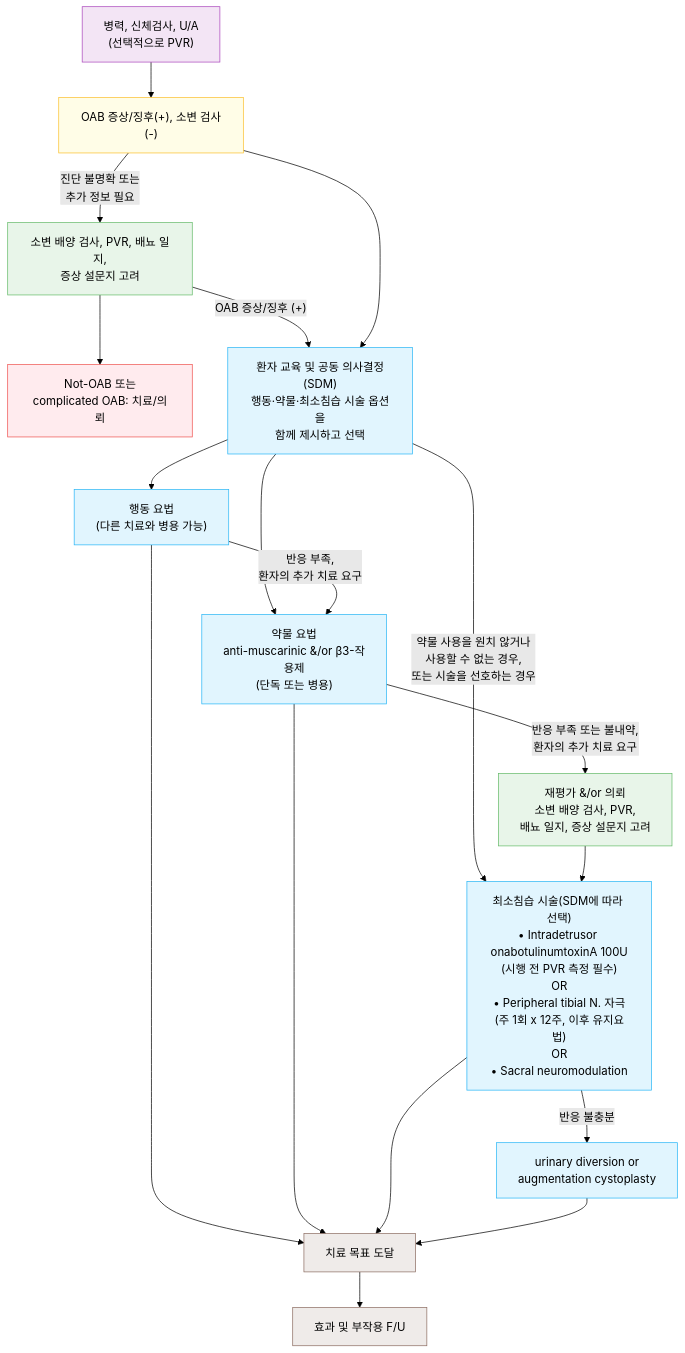
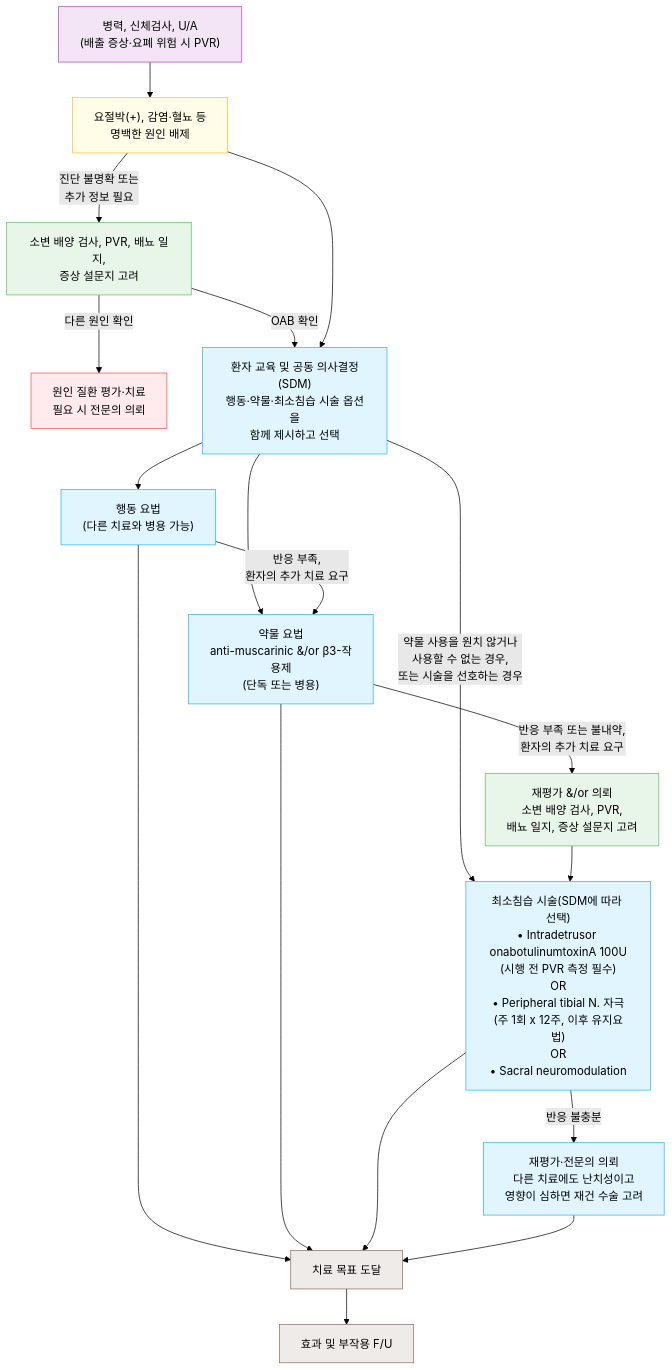
Before and after one commit to familyoh77/familyoh77: the diagram in 227_/126_-overactive-bladder-oab.md, drawn with Mermaid (forest theme). The commit also changed other lines of this file, not shown here.

````diff
--- a/227_/126_-overactive-bladder-oab.md
+++ b/227_/126_-overactive-bladder-oab.md
@@ -102,42 +103,42 @@
 ```mermaid
 graph TD
-    A["병력, 신체검사, U/A<br/>(선택적으로 PVR)"] --> B["OAB 증상/징후(+), 소변 검사(-)"]
+    A["병력, 신체검사, U/A<br/>(배출 증상·요폐 위험 시 PVR)"] --> B["요절박(+), 감염·혈뇨 등<br/>명백한 원인 배제"]
 
     B -->|"진단 불명확 또는<br/>추가 정보 필요"| C["소변 배양 검사, PVR, 배뇨 일지,<br/>증상 설문지 고려"]
-    C --> D["Not-OAB 또는<br/>complicated OAB: 치료/의뢰"]
-    C -->|"OAB 증상/징후 (+)"| E
+    C -->|"다른 원인 확인"| D["원인 질환 평가·치료<br/>필요 시 전문의 의뢰"]
+    C -->|"OAB 확인"| E
 
     B --> E["환자 교육 및 공동 의사결정(SDM)<br/>행동·약물·최소침습 시술 옵션을<br/>함께 제시하고 선택"]
 
     E --> F["행동 요법<br/>(다른 치료와 병용 가능)"]
     E --> G["약물 요법<br/>anti-muscarinic &/or β3-작용제<br/>(단독 또는 병용)"]
     E -->|"약물 사용을 원치 않거나<br/>사용할 수 없는 경우,<br/>또는 시술을 선호하는 경우"| J
 
     F -->|"반응 부족,<br/>환자의 추가 치료 요구"| G
     F --> H["치료 목표 도달"]
 
     G -->|"반응 부족 또는 불내약,<br/>환자의 추가 치료 요구"| I["재평가 &/or 의뢰<br/>소변 배양 검사, PVR,<br/>배뇨 일지, 증상 설문지 고려"]
     G --> H
 
     I --> J["최소침습 시술(SDM에 따라 선택)<br/>• Intradetrusor onabotulinumtoxinA 100U<br/>(시행 전 PVR 측정 필수)<br/>OR<br/>• Peripheral tibial N. 자극<br/>(주 1회 x 12주, 이후 유지요법)<br/>OR<br/>• Sacral neuromodulation"]
 
     J --> H
-    J -->|"반응 불충분"| K["urinary diversion or<br/>augmentation cystoplasty"]
+    J -->|"반응 불충분"| K["재평가·전문의 의뢰<br/>다른 치료에도 난치성이고<br/>영향이 심하면 재건 수술 고려"]
     K --> H
 
     H --> L["효과 및 부작용 F/U"]
 
     classDef purple fill:#f3e5f5,stroke:#ab47bc,stroke-width:1px;
     classDef yellow fill:#fffde7,stroke:#fbc02d,stroke-width:1px;
     classDef green fill:#e8f5e9,stroke:#66bb6a,stroke-width:1px;
     classDef red fill:#ffebee,stroke:#ef5350,stroke-width:1px;
     classDef blue fill:#e1f5fe,stroke:#29b6f6,stroke-width:1px;
     classDef gray fill:#efebe9,stroke:#8d6e63,stroke-width:1px;
 
     class A purple;
     class B yellow;
     class C,I green;
     class D red;
     class E,F,G,J,K blue;
     class H,L gray;
 ```
````
